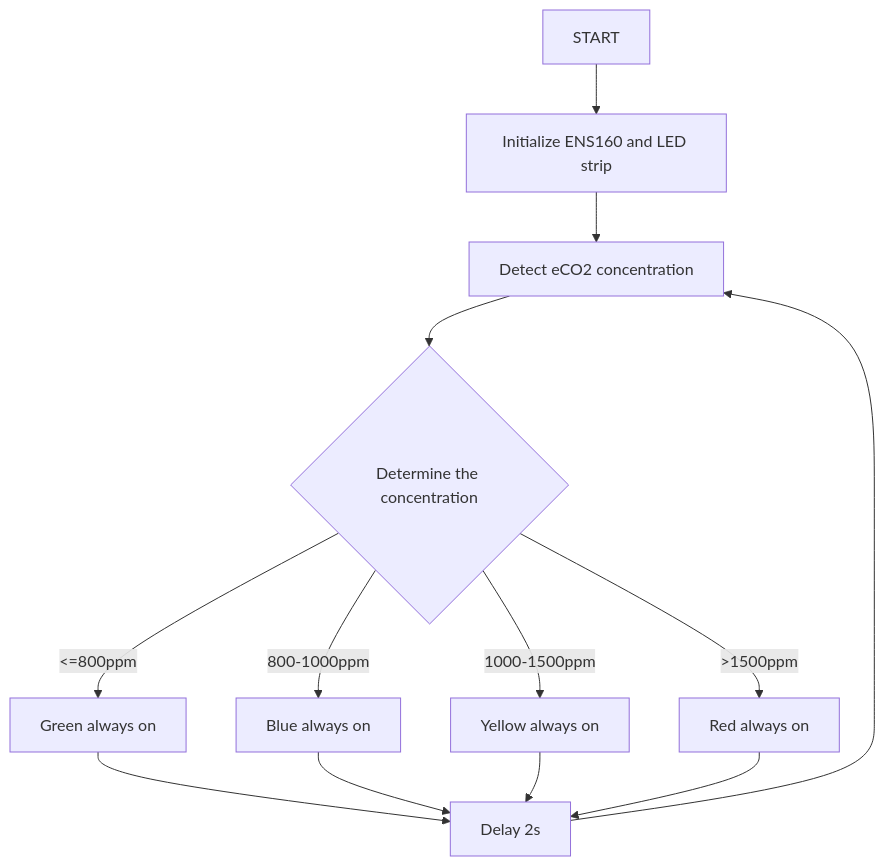
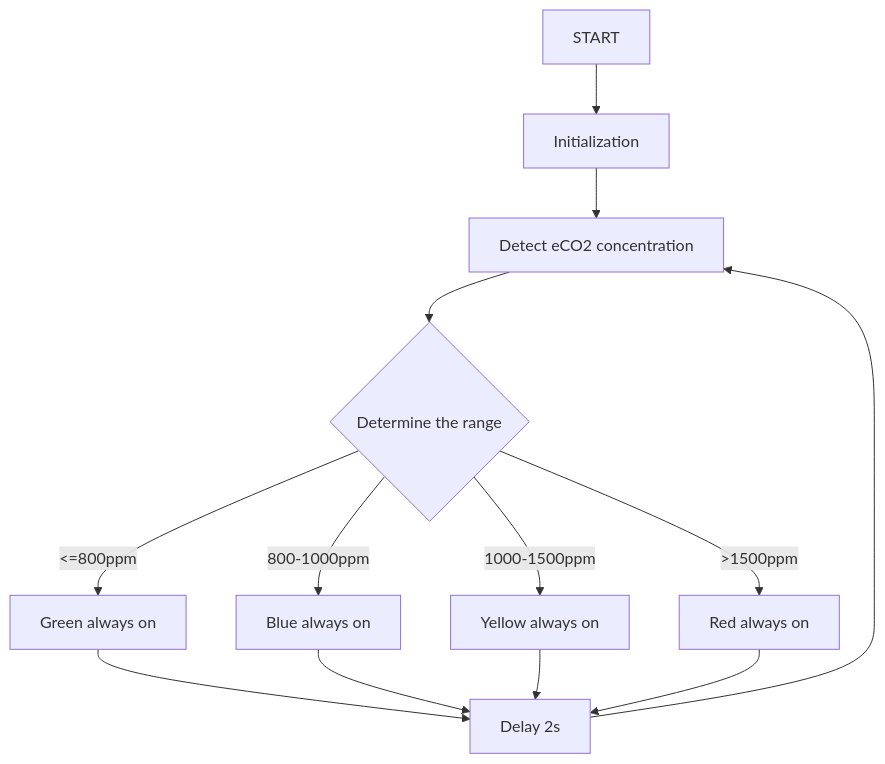
The diagram in docs/4.Arduino Projects/4.3 Projects/Project 2.md (keyestudio/KS0597-), drawn with Mermaid before and after one commit. The commit also changed other lines of this file and 9 other files, not shown here.

````diff
--- a/docs/4.Arduino Projects/4.3 Projects/Project 2.md
+++ b/docs/4.Arduino Projects/4.3 Projects/Project 2.md
@@ -503,17 +505,17 @@
 ```mermaid
 graph TD
-    A[START] --> B[Initialize ENS160 and LED strip]
+    A[START] --> B[Initialization]
     B --> C[Detect eCO2 concentration]
-    C --> D{Determine the concentration}
+    C --> D{Determine the range}
     
     D -->|<=800ppm| E[Green always on]
     D -->|800-1000ppm| F[Blue always on]
     D -->|1000-1500ppm| G[Yellow always on]
     D -->|>1500ppm| H[Red always on]
     
     E --> I[Delay 2s]
     F --> I
     G --> I
     H --> I
     I --> C
 ```
````
